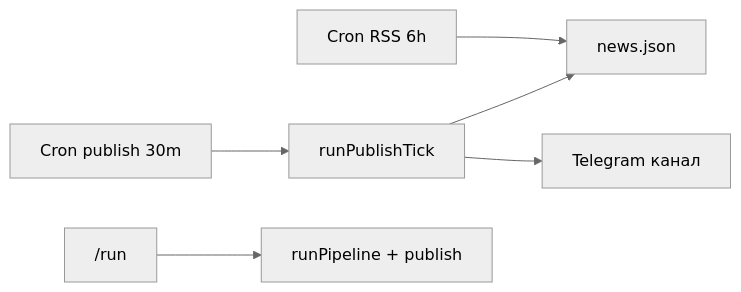
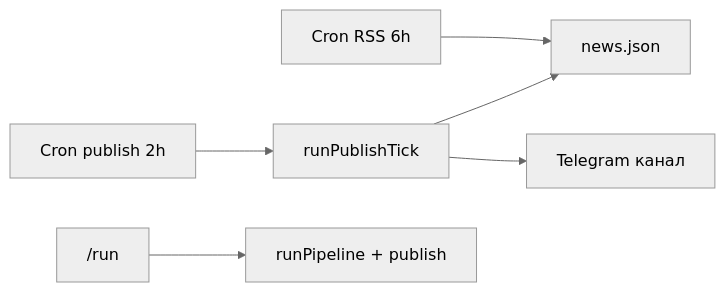
The first of 3 diagrams in docs/Радар будущего.md (zobnin8-ux/radar), drawn with Mermaid (neutral theme) before and after one commit. The commit also changed other lines of this file and 1 other file, not shown here.

````diff
--- a/docs/Радар будущего.md
+++ b/docs/Радар будущего.md
@@ -88,8 +88,8 @@
 ```mermaid
 flowchart LR
     RSS[Cron RSS 6h] --> Queue[news.json]
-    Pub[Cron publish 30m] --> Tick[runPublishTick]
+    Pub[Cron publish 2h] --> Tick[runPublishTick]
     Tick --> Queue
     Tick --> TG[Telegram канал]
     Manual["/run"] --> Pipeline[runPipeline + publish]
 ```
````
